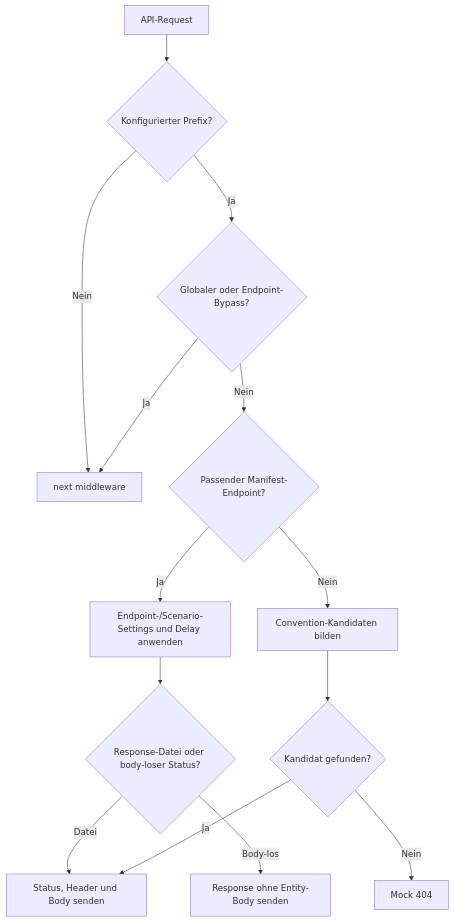
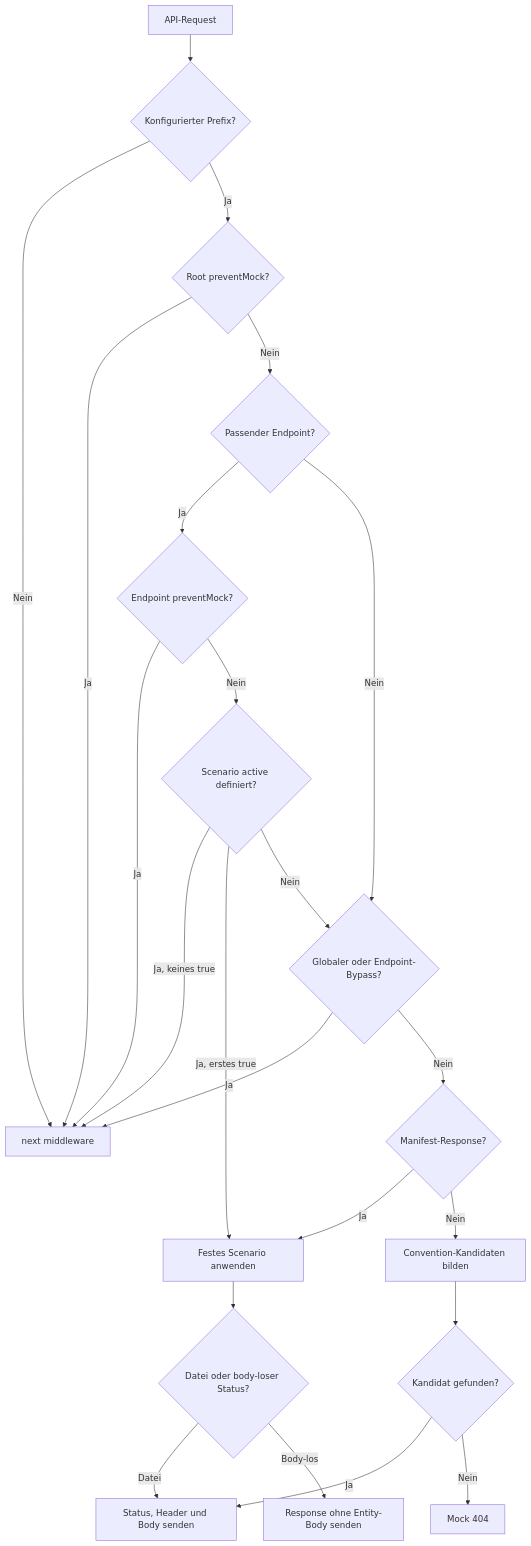
The second of 3 diagrams in test-cases.md (wesflo/lockxy), drawn with Mermaid before and after one commit. The commit also changed other lines of this file and 35 other files, not shown here.

````diff
--- a/test-cases.md
+++ b/test-cases.md
@@ -231,16 +242,25 @@
 ```mermaid
 flowchart TD
     A[API-Request] --> B{Konfigurierter Prefix?}
     B -- Nein --> N[next middleware]
-    B -- Ja --> C{Globaler oder Endpoint-Bypass?}
+    B -- Ja --> C{Root preventMock?}
     C -- Ja --> N
-    C -- Nein --> D{Passender Manifest-Endpoint?}
-    D -- Ja --> E[Endpoint-/Scenario-Settings und Delay anwenden]
-    D -- Nein --> F[Convention-Kandidaten bilden]
-    E --> G{Response-Datei oder body-loser Status?}
-    G -- Datei --> H[Status, Header und Body senden]
-    G -- Body-los --> I[Response ohne Entity-Body senden]
-    F --> J{Kandidat gefunden?}
-    J -- Ja --> H
-    J -- Nein --> K[Mock 404]
+    C -- Nein --> D{Passender Endpoint?}
+    D -- Ja --> E{Endpoint preventMock?}
+    E -- Ja --> N
+    E -- Nein --> F{Scenario active definiert?}
+    F -- Ja, keines true --> N
+    F -- Ja, erstes true --> G[Festes Scenario anwenden]
+    F -- Nein --> H{Globaler oder Endpoint-Bypass?}
+    D -- Nein --> H
+    H -- Ja --> N
+    H -- Nein --> I{Manifest-Response?}
+    I -- Ja --> G
+    I -- Nein --> L[Convention-Kandidaten bilden]
+    G --> J{Datei oder body-loser Status?}
+    J -- Datei --> K[Status, Header und Body senden]
+    J -- Body-los --> O[Response ohne Entity-Body senden]
+    L --> P{Kandidat gefunden?}
+    P -- Ja --> K
+    P -- Nein --> M[Mock 404]
 ```
````
